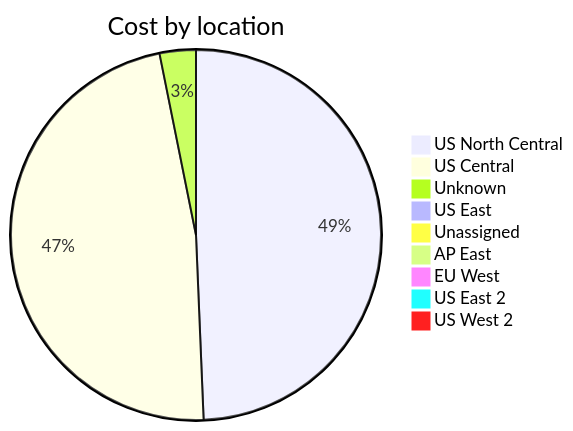
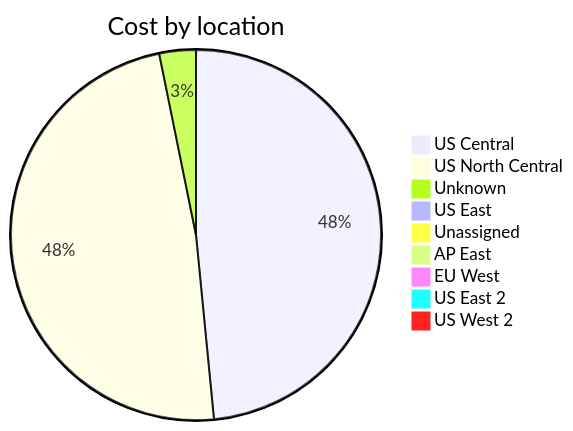
One commit to jpfulton/azure-personal-reports changed the third of 4 diagrams in cost-reports/accumulated-cost.md. Above: the diagram before and after it, drawn with Mermaid. The commit also changed other lines of this file and 4 other files, not shown here.

````diff
--- a/cost-reports/accumulated-cost.md
+++ b/cost-reports/accumulated-cost.md
@@ -131,13 +131,13 @@
 ```mermaid
 pie
    title Cost by location
+   "US Central" : 15.80
    "US North Central" : 15.77
-   "US Central" : 15.18
-   "Unknown" : 1.01
-   "US East" : 0.25
+   "Unknown" : 1.04
+   "US East" : 0.26
    "Unassigned" : 0.10
    "AP East" : 0.00
    "EU West" : 0.00
    "US East 2" : 0.00
    "US West 2" : 0.00
 ```
````
